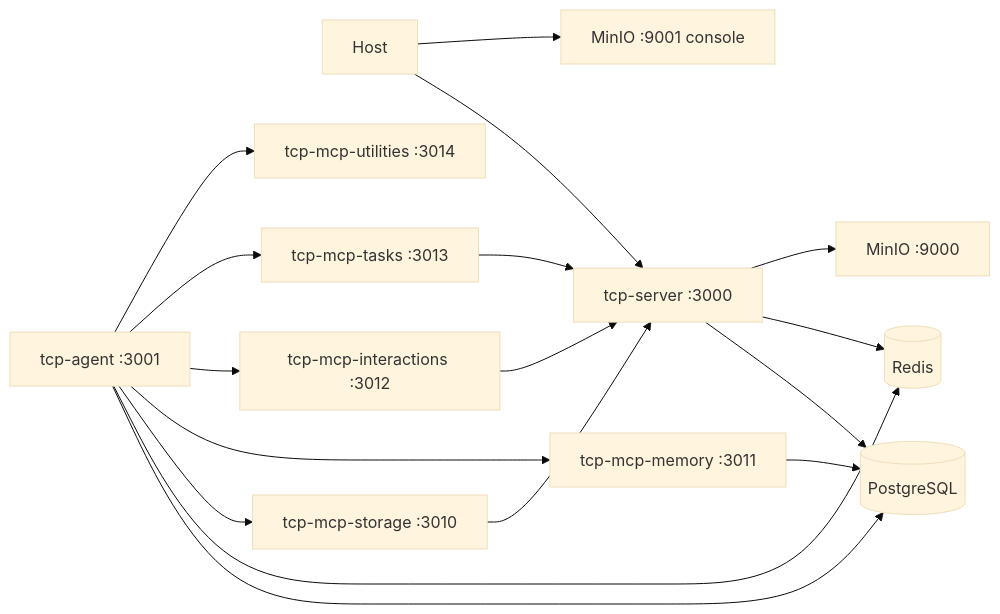
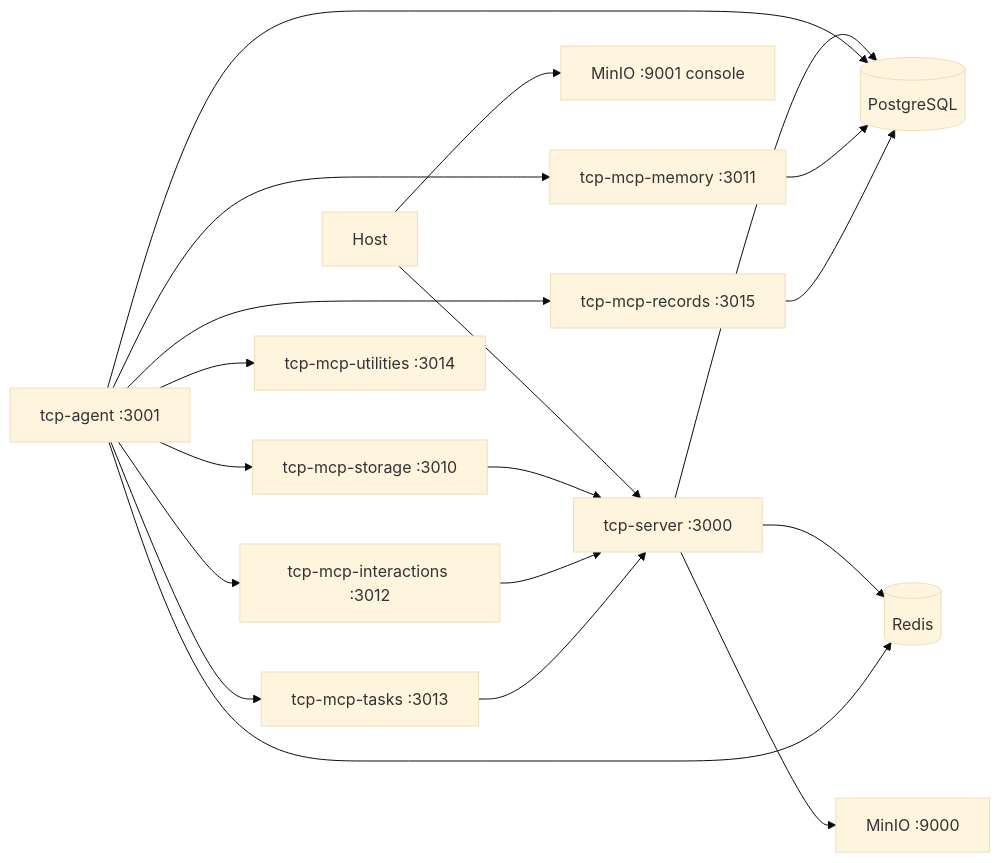
One commit to instantiator/tcp-server changed the diagram in docs/manual-testing/01-infrastructure.md. Above: the diagram before and after it, drawn with Mermaid (base theme). The commit also changed other lines of this file and 26 other files, not shown here.

First line of the commit message:
Document the records MCP server and trim tool schemas for small models

````diff
--- a/docs/manual-testing/01-infrastructure.md
+++ b/docs/manual-testing/01-infrastructure.md
@@ -7,20 +7,22 @@
 ```mermaid
 graph LR
     H[Host] --> S[tcp-server :3000]
     H --> MIO[MinIO :9001 console]
     A[tcp-agent :3001]
     S --> PG[(PostgreSQL)]
     S --> RD[(Redis)]
     S --> MIO2[MinIO :9000]
     A --> PG
     A --> RD
     A --> MS[tcp-mcp-storage :3010]
     A --> MM[tcp-mcp-memory :3011]
     A --> MI[tcp-mcp-interactions :3012]
     A --> MT[tcp-mcp-tasks :3013]
     A --> MU[tcp-mcp-utilities :3014]
+    A --> MR[tcp-mcp-records :3015]
     MS --> S
     MI --> S
     MT --> S
     MM --> PG
+    MR --> PG
 ```
````
